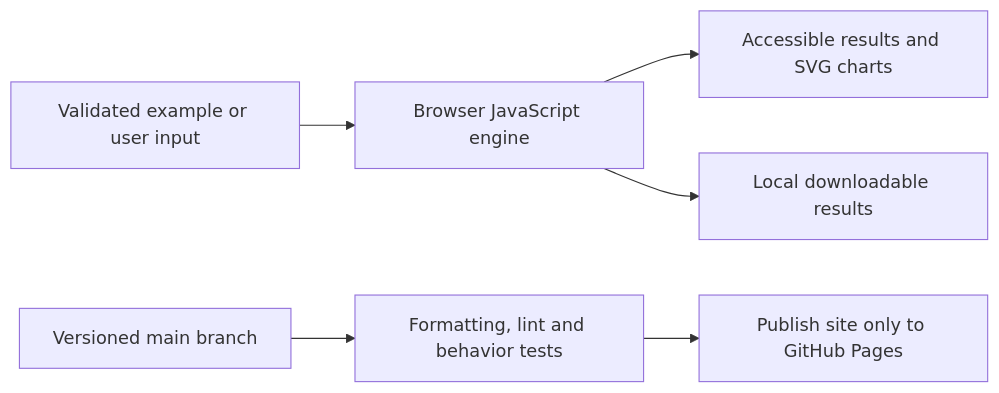
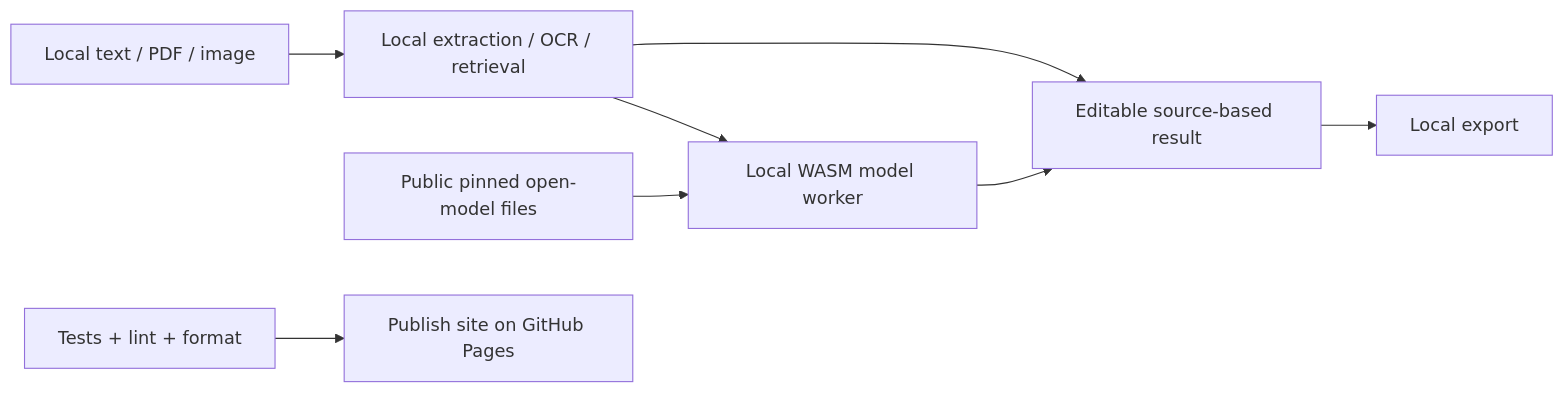
The diagram in README.md (subhashdixit/ai-research-workbench), drawn with Mermaid before and after one commit. The commit also changed other lines of this file and 18 other files, not shown here.

Commit message:
Run free open text and vision models locally without API credentials (#2)

````diff
--- a/README.md
+++ b/README.md
@@ -41,8 +44,10 @@
 ```mermaid
 flowchart LR
-  Input[Validated example or user input] --> Logic[Browser JavaScript engine]
-  Logic --> Charts[Accessible results and SVG charts]
-  Logic --> Export[Local downloadable results]
-  Git[Versioned main branch] --> CI[Formatting, lint and behavior tests]
-  CI --> Pages[Publish site only to GitHub Pages]
+  Document[Local text / PDF / image] --> Extract[Local extraction / OCR / retrieval]
+  Weights[Public pinned open-model files] --> Worker[Local WASM model worker]
+  Extract --> Worker
+  Extract --> Review[Editable source-based result]
+  Worker --> Review
+  Review --> Export[Local export]
+  CI[Tests + lint + format] --> Pages[Publish site on GitHub Pages]
 ```
````
